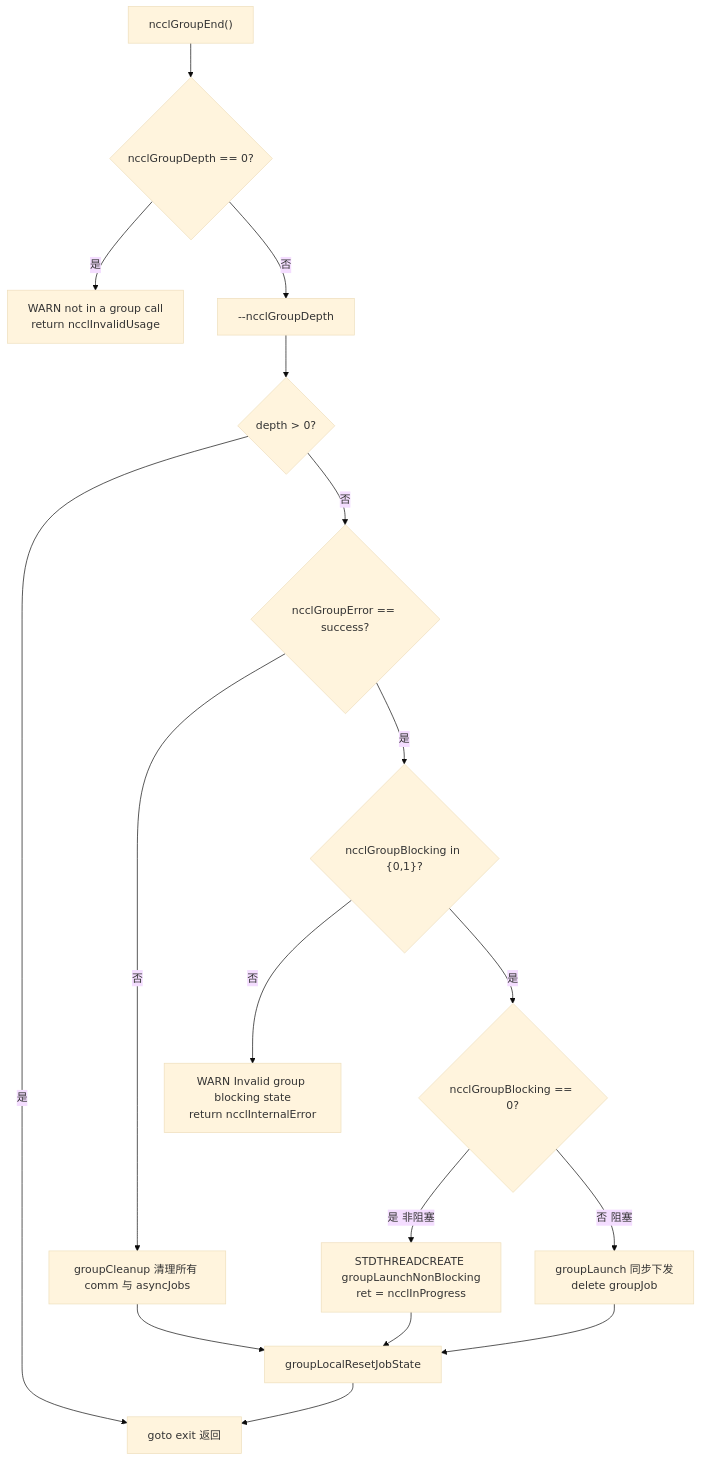
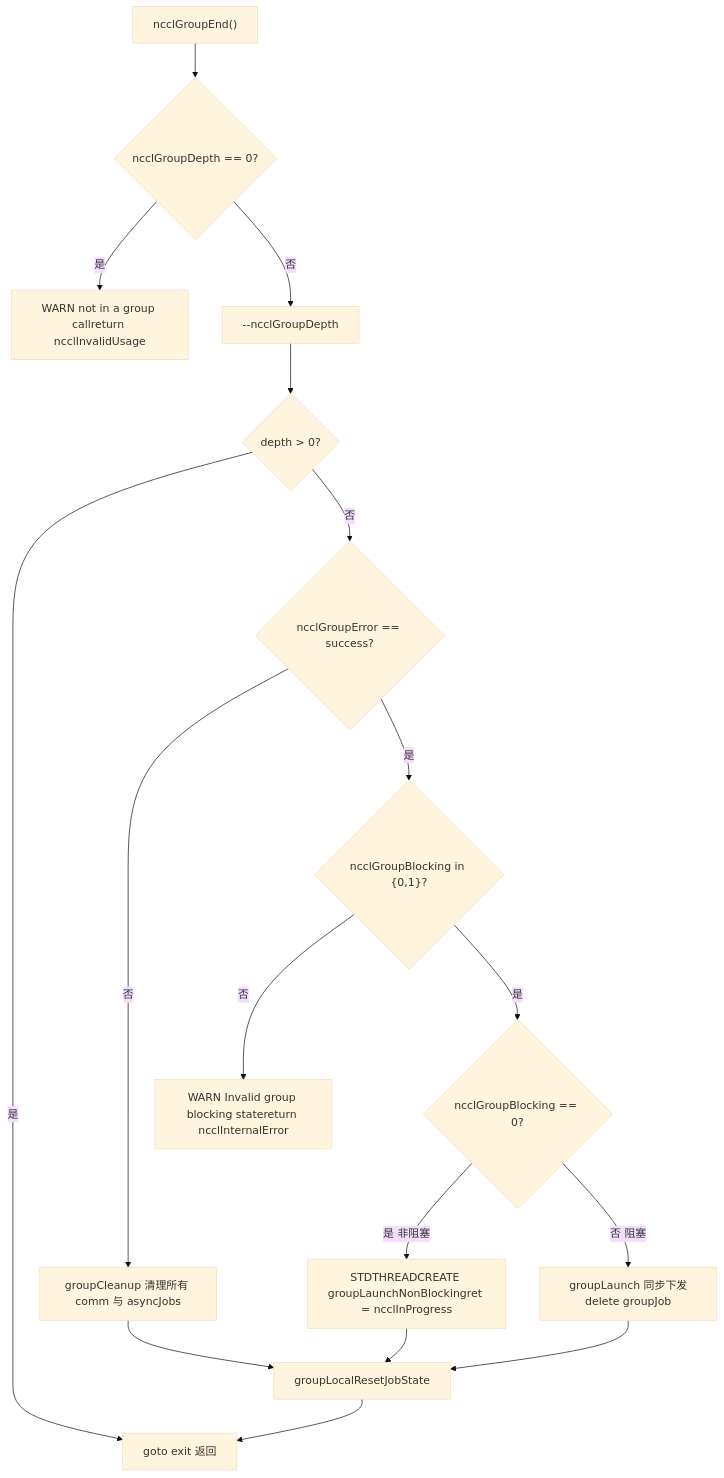
Before and after one commit to maleRjc/AiReadCodeBooks: the first of 2 diagrams in books/nccl/en/22-production-troubleshooting-and-pitfalls.md, drawn with Mermaid (base theme). The commit also changed other lines of this file and 80 other files, not shown here.

````diff
--- a/books/nccl/en/22-production-troubleshooting-and-pitfalls.md
+++ b/books/nccl/en/22-production-troubleshooting-and-pitfalls.md
@@ -157,19 +159,19 @@
 ```mermaid
 flowchart TD
     start["ncclGroupEnd()"] --> depth_check{"ncclGroupDepth == 0?"}
-    depth_check -->|是| err_usage["WARN not in a group call<br/>return ncclInvalidUsage"]
+    depth_check -->|是| err_usage["WARN not in a group callreturn ncclInvalidUsage"]
     depth_check -->|否| dec["--ncclGroupDepth"]
     dec --> nested{"depth > 0?"}
     nested -->|是| exit_ok["goto exit 返回"]
     nested -->|否| err_check{"ncclGroupError == success?"}
     err_check -->|否| fail_clean["groupCleanup 清理所有 comm 与 asyncJobs"]
     err_check -->|是| blocking_check{"ncclGroupBlocking in {0,1}?"}
-    blocking_check -->|否| err_internal["WARN Invalid group blocking state<br/>return ncclInternalError"]
+    blocking_check -->|否| err_internal["WARN Invalid group blocking statereturn ncclInternalError"]
     blocking_check -->|是| mode_split{"ncclGroupBlocking == 0?"}
-    mode_split -->|是 非阻塞| async_launch["STDTHREADCREATE groupLaunchNonBlocking<br/>ret = ncclInProgress"]
-    mode_split -->|否 阻塞| sync_launch["groupLaunch 同步下发<br/>delete groupJob"]
+    mode_split -->|是 非阻塞| async_launch["STDTHREADCREATE groupLaunchNonBlockingret = ncclInProgress"]
+    mode_split -->|否 阻塞| sync_launch["groupLaunch 同步下发delete groupJob"]
     async_launch --> reset["groupLocalResetJobState"]
     sync_launch --> reset
     reset --> exit_ok
     fail_clean --> reset
 ```
````
